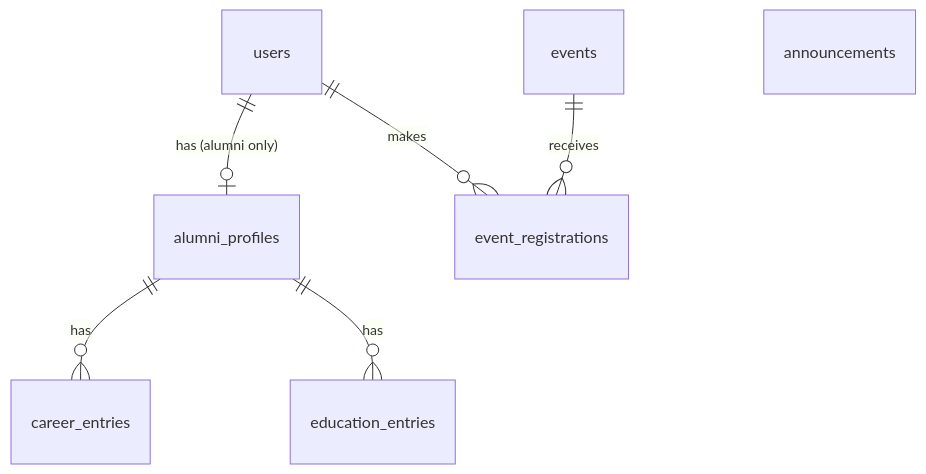
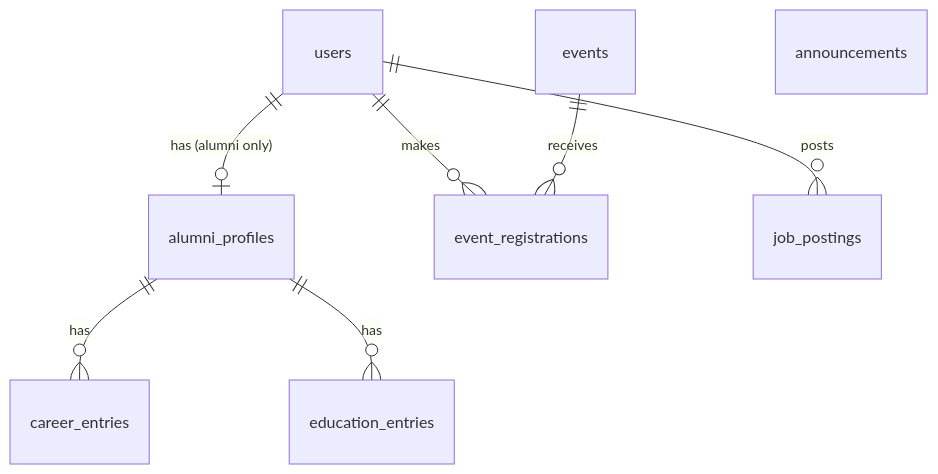
The diagram in DDD.md (gulnihalarikaymak/alumni), drawn with Mermaid before and after one commit. The commit also changed other lines of this file and 1 other file, not shown here.

Commit message:
docs(ddd): add job_postings table (week 6 task 1)

````diff
--- a/DDD.md
+++ b/DDD.md
@@ -40,9 +41,10 @@
 ```mermaid
 erDiagram
     users ||--o| alumni_profiles : "has (alumni only)"
     alumni_profiles ||--o{ career_entries : has
     alumni_profiles ||--o{ education_entries : has
     users ||--o{ event_registrations : makes
     events ||--o{ event_registrations : receives
+    users ||--o{ job_postings : posts
     announcements
 ```
````
